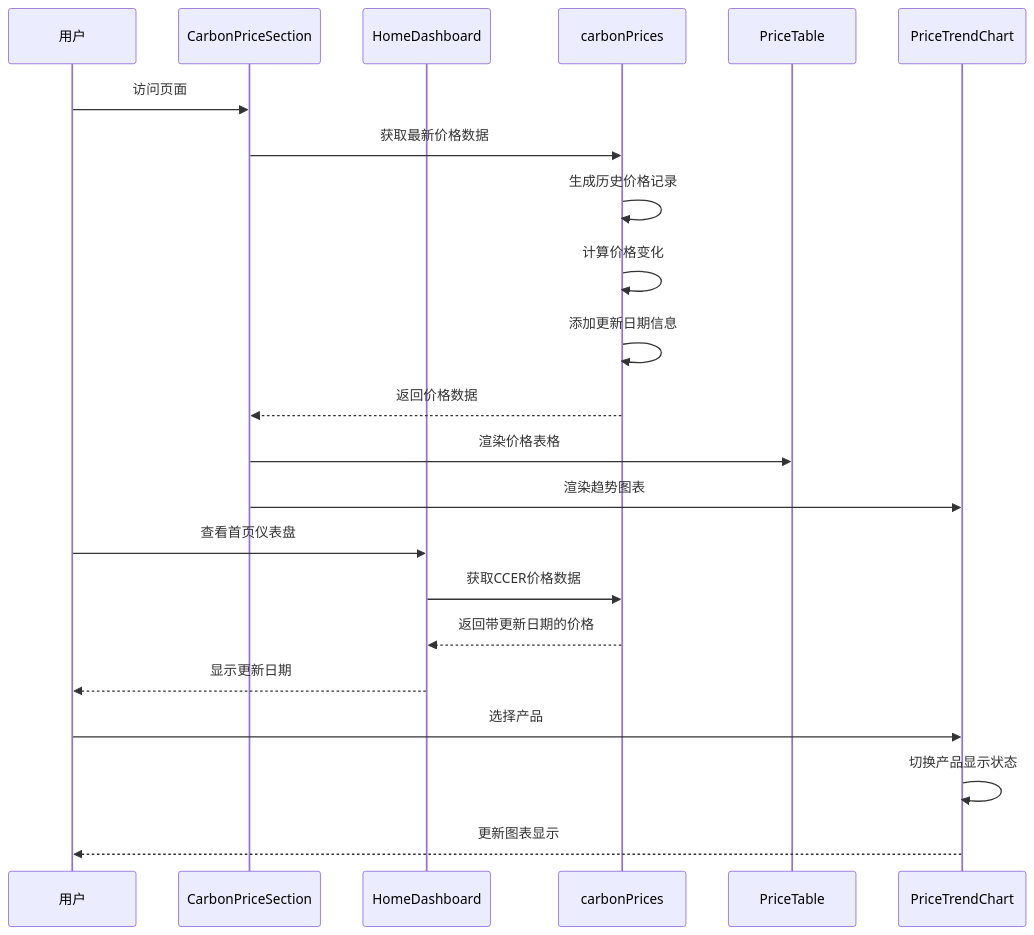
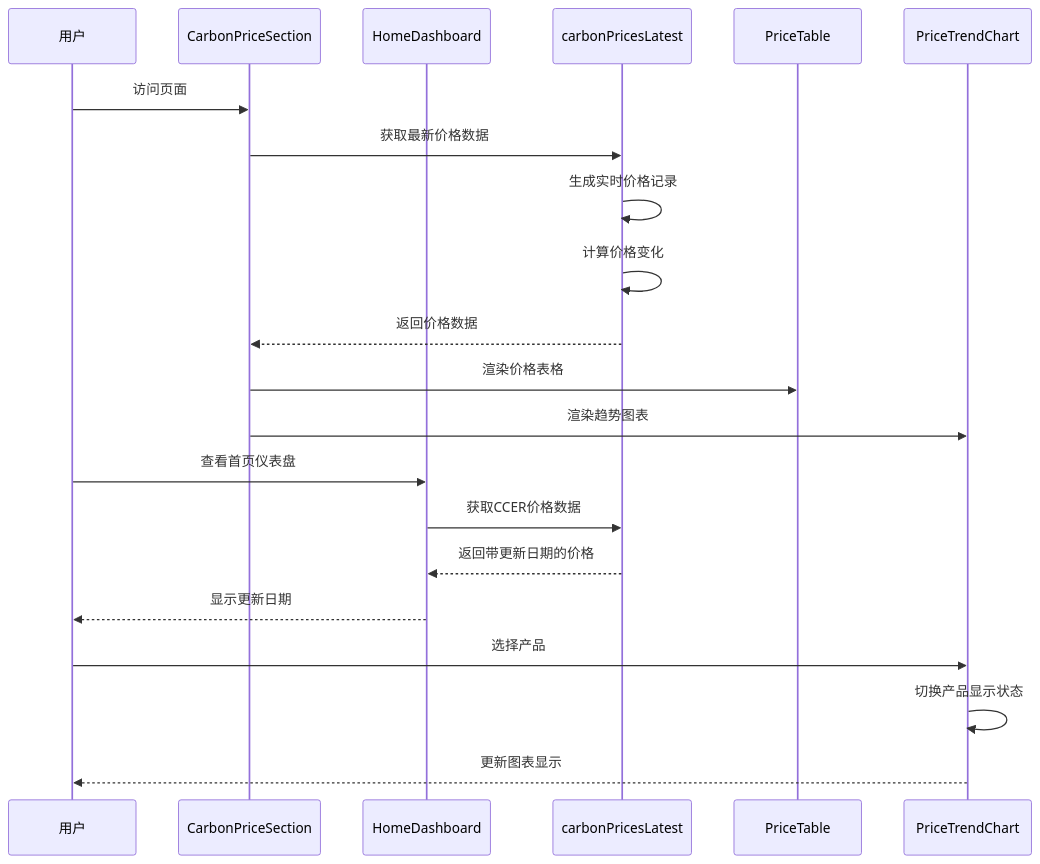
The sixth of 18 diagrams in .qoder/repowiki/zh/content/功能模块/碳价格监控模块.md (liangxuanliang-cmd/carbon-info-agent), drawn with Mermaid before and after one commit. The commit also changed other lines of this file and 21 other files, not shown here.

````diff
--- a/.qoder/repowiki/zh/content/功能模块/碳价格监控模块.md
+++ b/.qoder/repowiki/zh/content/功能模块/碳价格监控模块.md
@@ -303,24 +382,23 @@
 ```mermaid
 sequenceDiagram
 participant User as 用户
 participant Section as CarbonPriceSection
 participant Dashboard as HomeDashboard
-participant Data as carbonPrices
+participant LatestData as carbonPricesLatest
 participant Table as PriceTable
 participant Chart as PriceTrendChart
 User->>Section : 访问页面
-Section->>Data : 获取最新价格数据
-Data->>Data : 生成历史价格记录
-Data->>Data : 计算价格变化
-Data->>Data : 添加更新日期信息
-Data-->>Section : 返回价格数据
+Section->>LatestData : 获取最新价格数据
+LatestData->>LatestData : 生成实时价格记录
+LatestData->>LatestData : 计算价格变化
+LatestData-->>Section : 返回价格数据
 Section->>Table : 渲染价格表格
 Section->>Chart : 渲染趋势图表
 User->>Dashboard : 查看首页仪表盘
-Dashboard->>Data : 获取CCER价格数据
-Data-->>Dashboard : 返回带更新日期的价格
+Dashboard->>LatestData : 获取CCER价格数据
+LatestData-->>Dashboard : 返回带更新日期的价格
 Dashboard-->>User : 显示更新日期
 User->>Chart : 选择产品
 Chart->>Chart : 切换产品显示状态
 Chart-->>User : 更新图表显示
 ```
````
